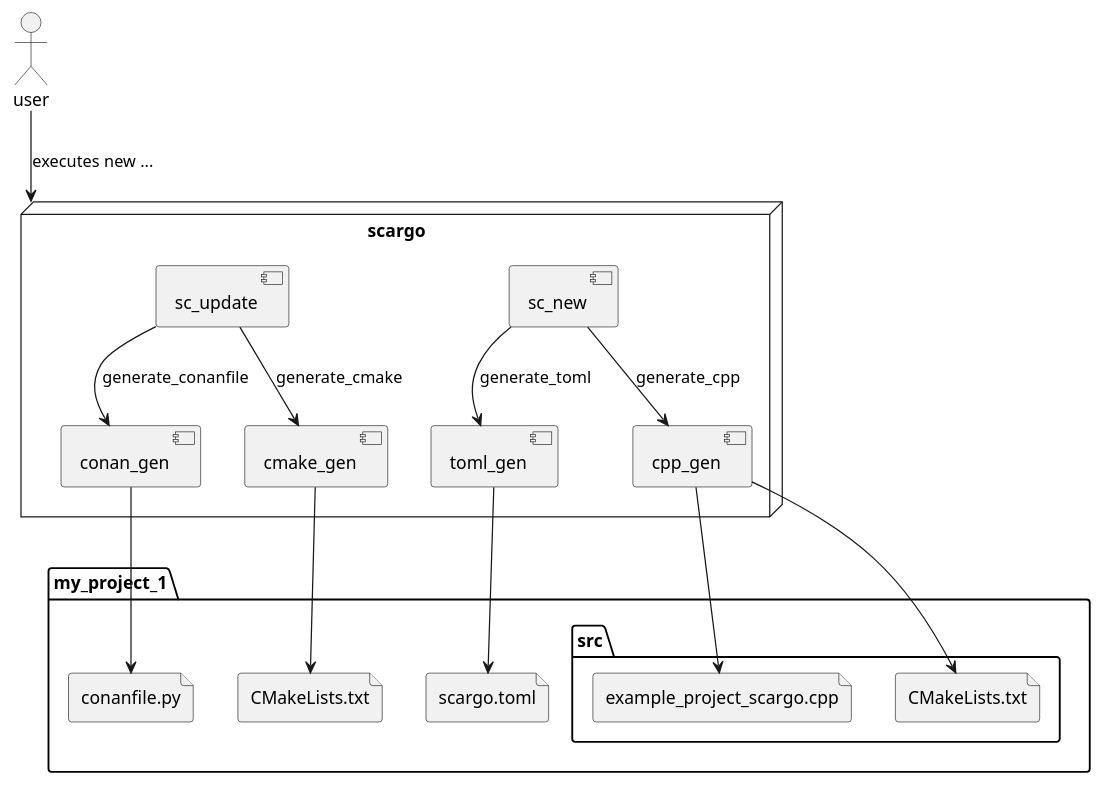
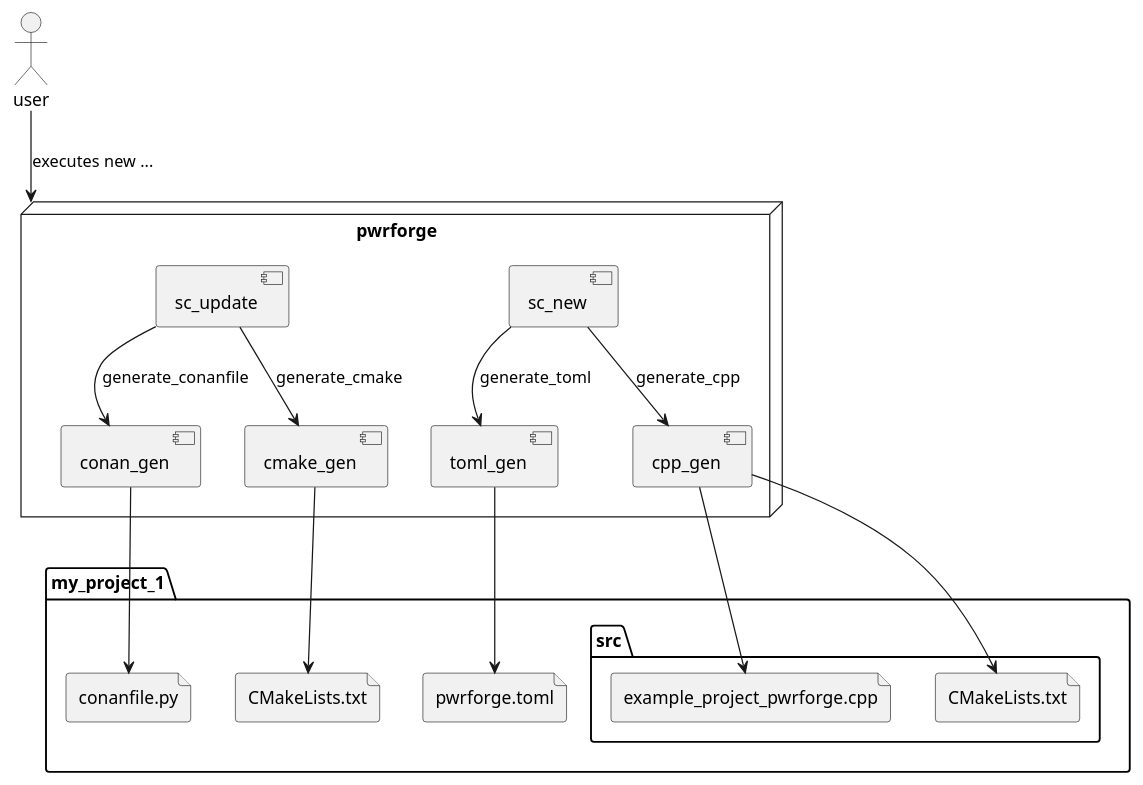
One commit to WroclawUniversityOfScienceAndTechnology/pwrforge changed the diagram in docs/source/arch/arch-generators.rst. Above: the diagram before and after it, drawn with PlantUML. The commit also changed other lines of this file and 6341 other files, not shown here.

```diff
--- a/docs/source/arch/arch-generators.rst
+++ b/docs/source/arch/arch-generators.rst
@@ -9,37 +9,37 @@
 .. uml::
 
    actor user
 
-   node scargo {
+   node pwrforge {
        component sc_new
        component sc_update
        component toml_gen
        component conan_gen
        component cmake_gen
        component cpp_gen
    }
 
    folder my_project_1 {
-       file scargo.toml
+       file pwrforge.toml
        file conanfile.py
        file CMakeLists.txt
        folder src {
        file CMakeLists.txt as src_cmake
-       file example_project_scargo.cpp
+       file example_project_pwrforge.cpp
        }
    }
 
-   user --> scargo : executes new ...
+   user --> pwrforge : executes new ...
 
    sc_new -down-> cpp_gen : generate_cpp
-   cpp_gen -down-> example_project_scargo.cpp
+   cpp_gen -down-> example_project_pwrforge.cpp
    cpp_gen -down-> src_cmake
 
    sc_new -down-> toml_gen : generate_toml
-   toml_gen -down-> scargo.toml
+   toml_gen -down-> pwrforge.toml
 
    sc_update -down-> conan_gen : generate_conanfile
    conan_gen -down-> conanfile.py
 
    sc_update -down-> cmake_gen : generate_cmake
    cmake_gen -down-> CMakeLists.txt
```
